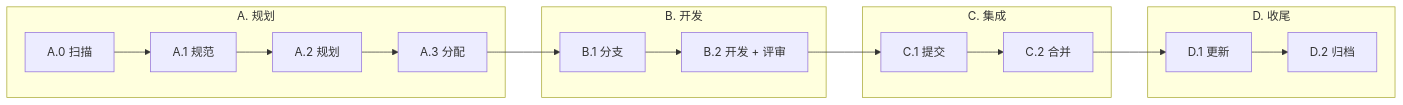
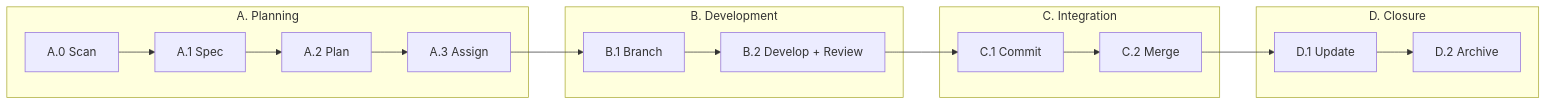
One commit to 10CG/Aria changed the diagram in README.zh.md. Above: the diagram before and after it, drawn with Mermaid. The commit also changed other lines of this file and 6 other files, not shown here.

````diff
--- a/README.zh.md
+++ b/README.zh.md
@@ -97,18 +103,18 @@
 ```mermaid
 flowchart LR
-    subgraph A["A. 规划"]
-        A0[A.0 扫描] --> A1[A.1 规范] --> A2[A.2 规划] --> A3[A.3 分配]
+    subgraph A["A. Planning"]
+        A0[A.0 Scan] --> A1[A.1 Spec] --> A2[A.2 Plan] --> A3[A.3 Assign]
     end
-    subgraph B["B. 开发"]
-        B1[B.1 分支] --> B2[B.2 开发 + 评审]
+    subgraph B["B. Development"]
+        B1[B.1 Branch] --> B2[B.2 Develop + Review]
     end
-    subgraph C["C. 集成"]
-        C1[C.1 提交] --> C2[C.2 合并]
+    subgraph C["C. Integration"]
+        C1[C.1 Commit] --> C2[C.2 Merge]
     end
-    subgraph D["D. 收尾"]
-        D1[D.1 更新] --> D2[D.2 归档]
+    subgraph D["D. Closure"]
+        D1[D.1 Update] --> D2[D.2 Archive]
     end
     A3 --> B1
     B2 --> C1
     C2 --> D1
 ```
````
